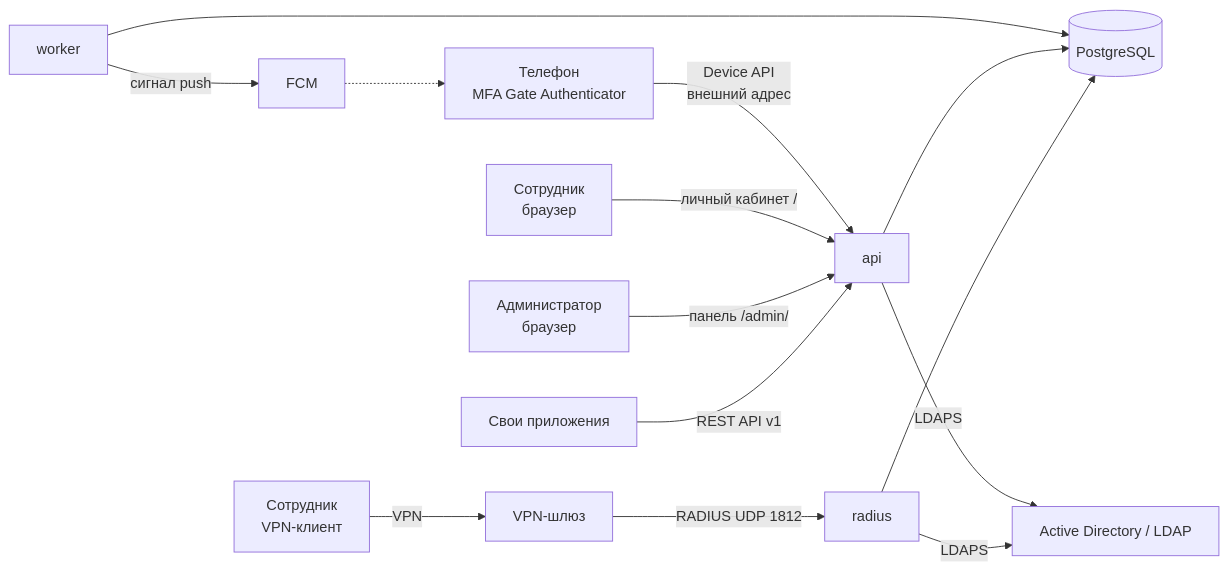
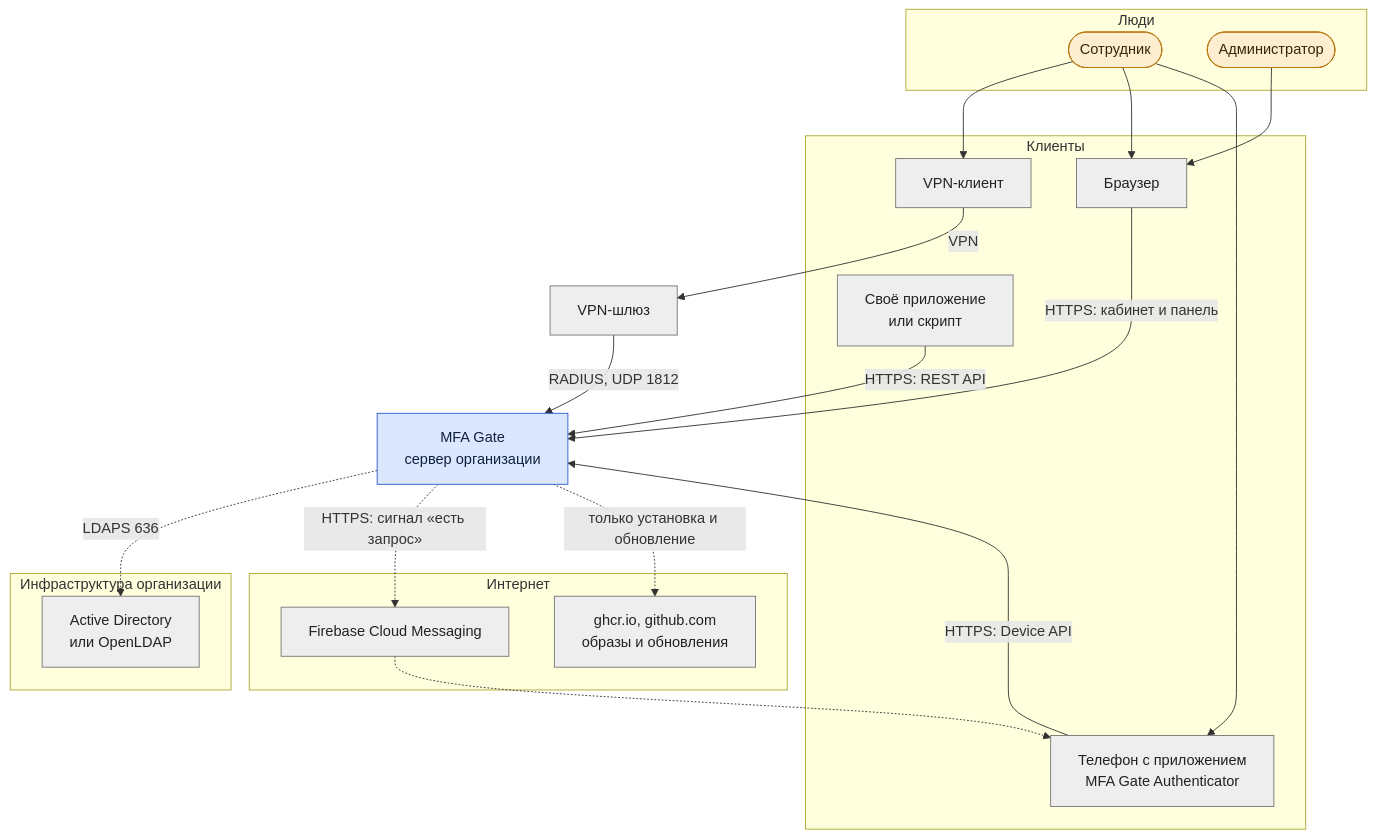
The diagram in wiki/Архитектура.md (calleograph/mfa-gate), drawn with Mermaid before and after one commit. The commit also changed other lines of this file and 147 other files, not shown here.

First line of the commit message:
Вики MFA Gate: 86 страниц по ролям, сценарии, схемы, справочники; исправления по сверке с кодом

````diff
--- a/wiki/Архитектура.md
+++ b/wiki/Архитектура.md
@@ -5,16 +15,36 @@
 ```mermaid
-flowchart LR
-    U[Сотрудник<br/>VPN-клиент] -->|VPN| GW[VPN-шлюз]
-    GW -->|RADIUS UDP 1812| R[radius]
-    APP[Свои приложения] -->|REST API v1| A[api]
-    ADM[Администратор<br/>браузер] -->|панель /admin/| A
-    EMP[Сотрудник<br/>браузер] -->|личный кабинет /| A
-    PH[Телефон<br/>MFA Gate Authenticator] -->|Device API<br/>внешний адрес| A
-    R --> DB[(PostgreSQL)]
-    A --> DB
-    W[worker] --> DB
-    W -->|сигнал push| FCM[FCM]
-    FCM -.-> PH
-    R -->|LDAPS| AD[Active Directory / LDAP]
-    A -->|LDAPS| AD
+flowchart TB
+  subgraph U["Люди"]
+    EMP(["Сотрудник"]):::person
+    ADM(["Администратор"]):::person
+  end
+  subgraph C["Клиенты"]
+    VPNC["VPN-клиент"]:::ext
+    BR["Браузер"]:::ext
+    PH["Телефон с приложением<br/>MFA Gate Authenticator"]:::ext
+    APP["Своё приложение<br/>или скрипт"]:::ext
+  end
+  GW["VPN-шлюз"]:::ext
+  MG["MFA Gate<br/>сервер организации"]:::own
+  subgraph ORG["Инфраструктура организации"]
+    AD["Active Directory<br/>или OpenLDAP"]:::ext
+  end
+  subgraph OUT["Интернет"]
+    FCM["Firebase Cloud Messaging"]:::ext
+    GH["ghcr.io, github.com<br/>образы и обновления"]:::ext
+  end
+  EMP --> VPNC & BR & PH
+  ADM --> BR
+  VPNC -->|"VPN"| GW
+  GW -->|"RADIUS, UDP 1812"| MG
+  BR -->|"HTTPS: кабинет и панель"| MG
+  APP -->|"HTTPS: REST API"| MG
+  PH -->|"HTTPS: Device API"| MG
+  MG -.->|"LDAPS 636"| AD
+  MG -.->|"HTTPS: сигнал «есть запрос»"| FCM
+  FCM -.-> PH
+  MG -.->|"только установка и обновление"| GH
+  classDef own fill:#dbe7ff,stroke:#2f5fd0,color:#10203f
+  classDef ext fill:#eee,stroke:#777,color:#222
+  classDef person fill:#fdeed2,stroke:#b9770e,color:#3a2606
 ```
````
